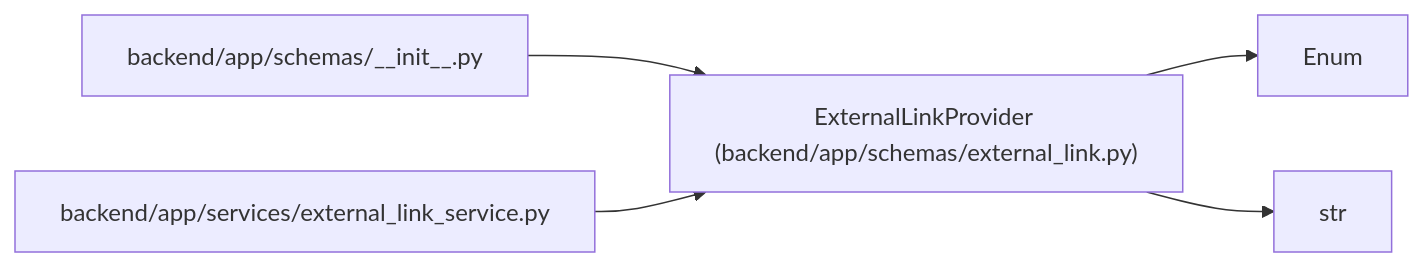
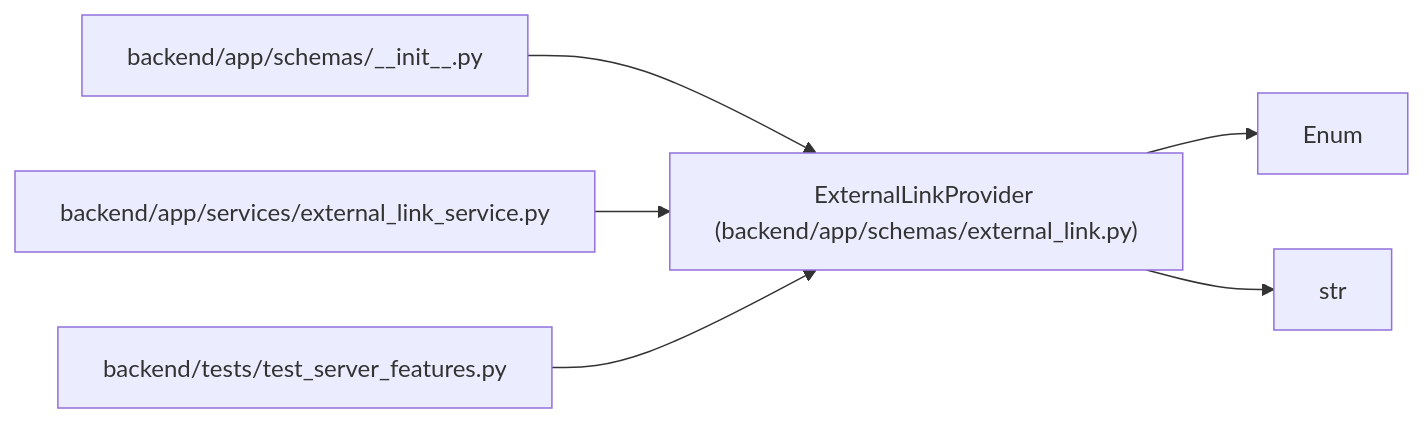
One commit to Denissvgn/WorkChord changed the diagram in docs/llm_wiki/entities/schemas_external_link_ExternalLinkProvider.md. Above: the diagram before and after it, drawn with Mermaid. The commit also changed other lines of this file and 631 other files, not shown here.

Commit message:
docs(wiki): refresh for public server features

````diff
--- a/docs/llm_wiki/entities/schemas_external_link_ExternalLinkProvider.md
+++ b/docs/llm_wiki/entities/schemas_external_link_ExternalLinkProvider.md
@@ -30,15 +30,18 @@
 ```mermaid
 flowchart LR
     n0["ExternalLinkProvider (backend/app/schemas/external_link.py)"]
     n1["Enum"]
     n2["str"]
     n3["backend/app/schemas/__init__.py"]
     n4["backend/app/services/external_link_service.py"]
+    n5["backend/tests/test_server_features.py"]
     n0 --> n1
     n0 --> n2
     n3 --> n0
     n4 --> n0
+    n5 --> n0
     click n0 "../modules/schemas_external_link.md"
     click n3 "../modules/schemas___init__.md"
     click n4 "../modules/external_link_service.md"
+    click n5 "../modules/test_server_features.md"
 ```
````
